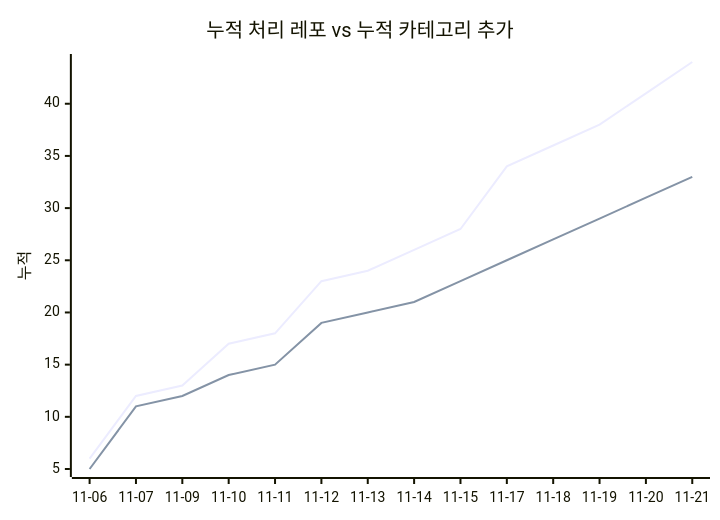
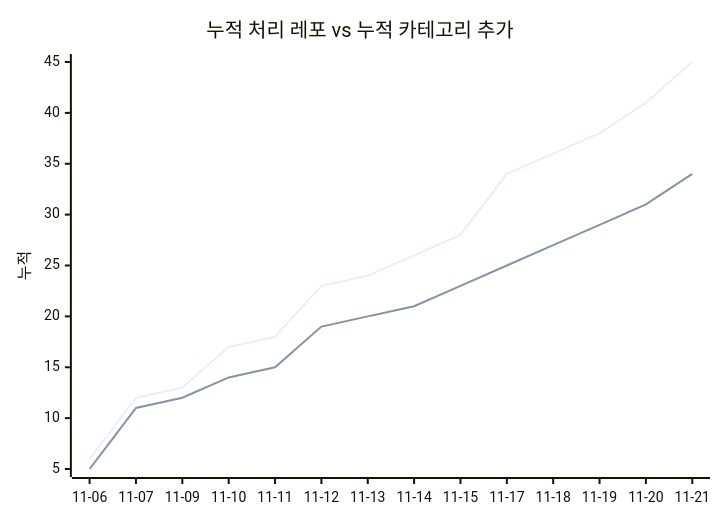
Before and after one commit to J-nowcow/awesome-korean-agent-skills: the second of 2 diagrams in docs/trends.md, drawn with Mermaid. The commit also changed other lines of this file and 4 other files, not shown here.

````diff
--- a/docs/trends.md
+++ b/docs/trends.md
@@ -68,8 +68,8 @@
 ```mermaid
 xychart-beta
     title "누적 처리 레포 vs 누적 카테고리 추가"
     x-axis ["11-06","11-07","11-09","11-10","11-11","11-12","11-13","11-14","11-15","11-17","11-18","11-19","11-20","11-21"]
     y-axis "누적"
-    line [6,12,13,17,18,23,24,26,28,34,36,38,41,44]
-    line [5,11,12,14,15,19,20,21,23,25,27,29,31,33]
+    line [6,12,13,17,18,23,24,26,28,34,36,38,41,45]
+    line [5,11,12,14,15,19,20,21,23,25,27,29,31,34]
 ```
````
